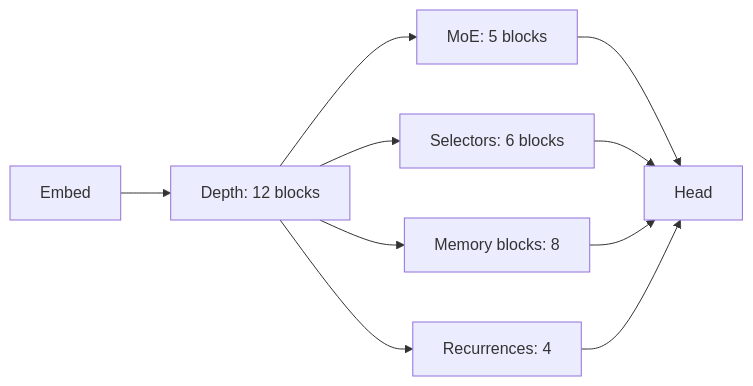
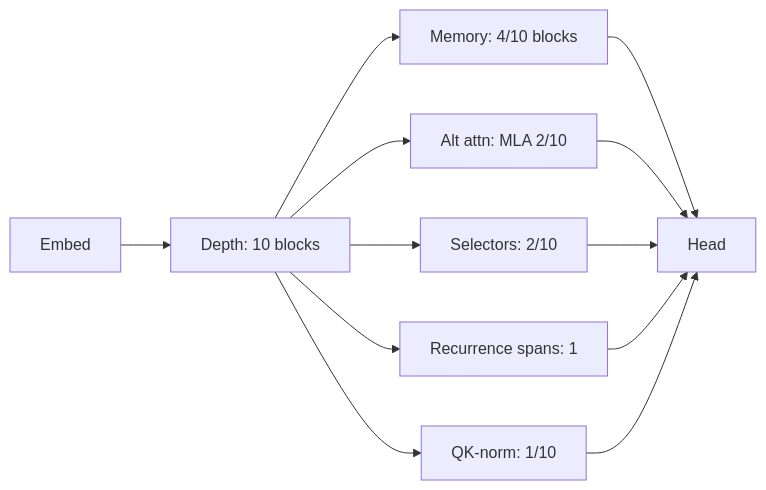
The second of 3 diagrams in README.md (strangeloopcanon/transformer-evolution-llm), drawn with Mermaid before and after one commit. The commit also changed other lines of this file, not shown here.

````diff
--- a/README.md
+++ b/README.md
@@ -290,12 +290,14 @@
 ```mermaid
 flowchart LR
-  E2[Embed] --> D2[Depth: 12 blocks]
-  D2 --> M2[MoE: 5 blocks]
-  D2 --> S2[Selectors: 6 blocks]
-  D2 --> R2[Memory blocks: 8]
-  D2 --> C2[Recurrences: 4]
-  M2 --> O2[Head]
+  E2[Embed] --> D2[Depth: 10 blocks]
+  D2 --> R2[Memory: 4/10 blocks]
+  D2 --> A2[Alt attn: MLA 2/10]
+  D2 --> S2[Selectors: 2/10]
+  D2 --> C2[Recurrence spans: 1]
+  D2 --> Q2[QK-norm: 1/10]
+  R2 --> O2[Head]
+  A2 --> O2
   S2 --> O2
-  R2 --> O2
   C2 --> O2
+  Q2 --> O2
 ```
````
